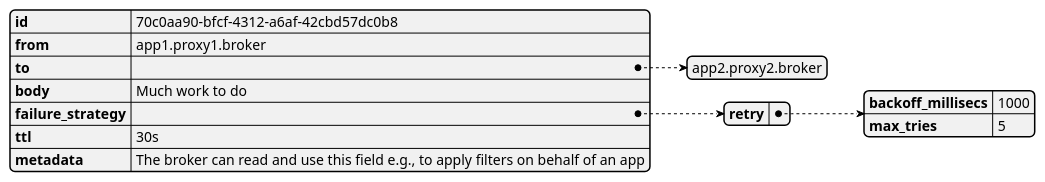
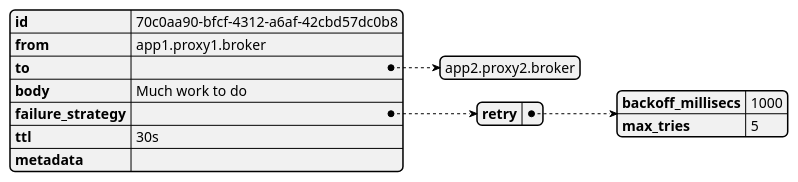
One commit to Martin1088/Plantuml-With-Screenreader changed the diagram in Projekte/Verbis/Beam/TaskBeam.puml. Above: the diagram before and after it, drawn with PlantUML. The commit also changed 38 other files, not shown here.

```diff
--- a/Projekte/Verbis/Beam/TaskBeam.puml
+++ b/Projekte/Verbis/Beam/TaskBeam.puml
@@ -1,20 +1,20 @@
 @startjson
 
 {
   "id": "70c0aa90-bfcf-4312-a6af-42cbd57dc0b8",
   "from": "app1.proxy1.broker",
   "to": [
       "app2.proxy2.broker"
       ],
   "body": "Much work to do",
   "failure_strategy": {
     "retry": {
       "backoff_millisecs": 1000,
       "max_tries": 5
     }
   },
   "ttl": "30s",
-  "metadata": "The broker can read and use this field e.g., to apply filters on behalf of an app"
+  "metadata": ""
 }
 
 @endjson
```
